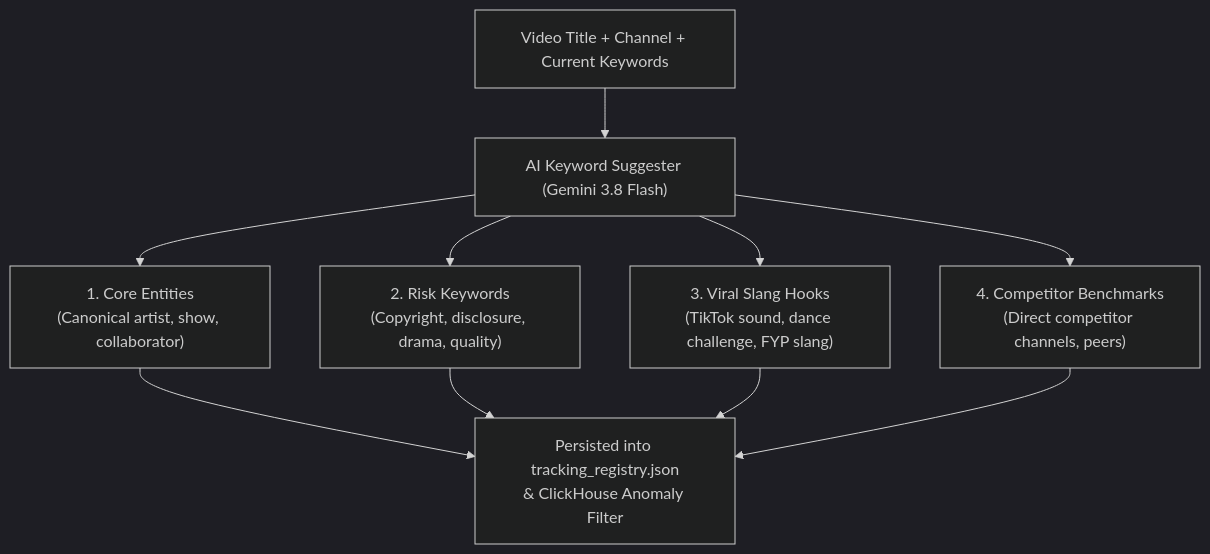
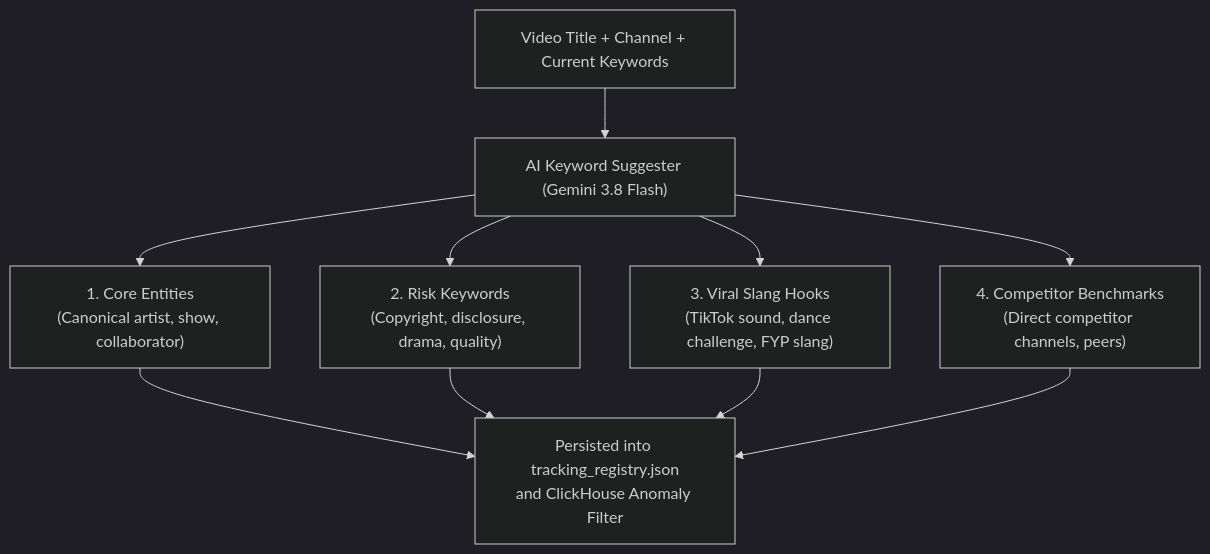
Before and after one commit to duynguyendang/studio-sonar: the third of 4 diagrams in docs/architecture.md, drawn with Mermaid (dark theme). The commit also changed other lines of this file, not shown here.

Commit message:
fix(docs): fix Mermaid diagram syntax errors and quote edge labels

````diff
--- a/docs/architecture.md
+++ b/docs/architecture.md
@@ -450,9 +456,12 @@
 ```mermaid
 graph TD
     Input["Video Title + Channel + Current Keywords"] --> AI["AI Keyword Suggester (Gemini 3.8 Flash)"]
     AI --> G1["1. Core Entities<br/>(Canonical artist, show, collaborator)"]
     AI --> G2["2. Risk Keywords<br/>(Copyright, disclosure, drama, quality)"]
     AI --> G3["3. Viral Slang Hooks<br/>(TikTok sound, dance challenge, FYP slang)"]
     AI --> G4["4. Competitor Benchmarks<br/>(Direct competitor channels, peers)"]
-    G1 & G2 & G3 & G4 --> Registry["Persisted into tracking_registry.json<br/>& ClickHouse Anomaly Filter"]
+    G1 --> Registry["Persisted into tracking_registry.json<br/>and ClickHouse Anomaly Filter"]
+    G2 --> Registry
+    G3 --> Registry
+    G4 --> Registry
 ```
````
